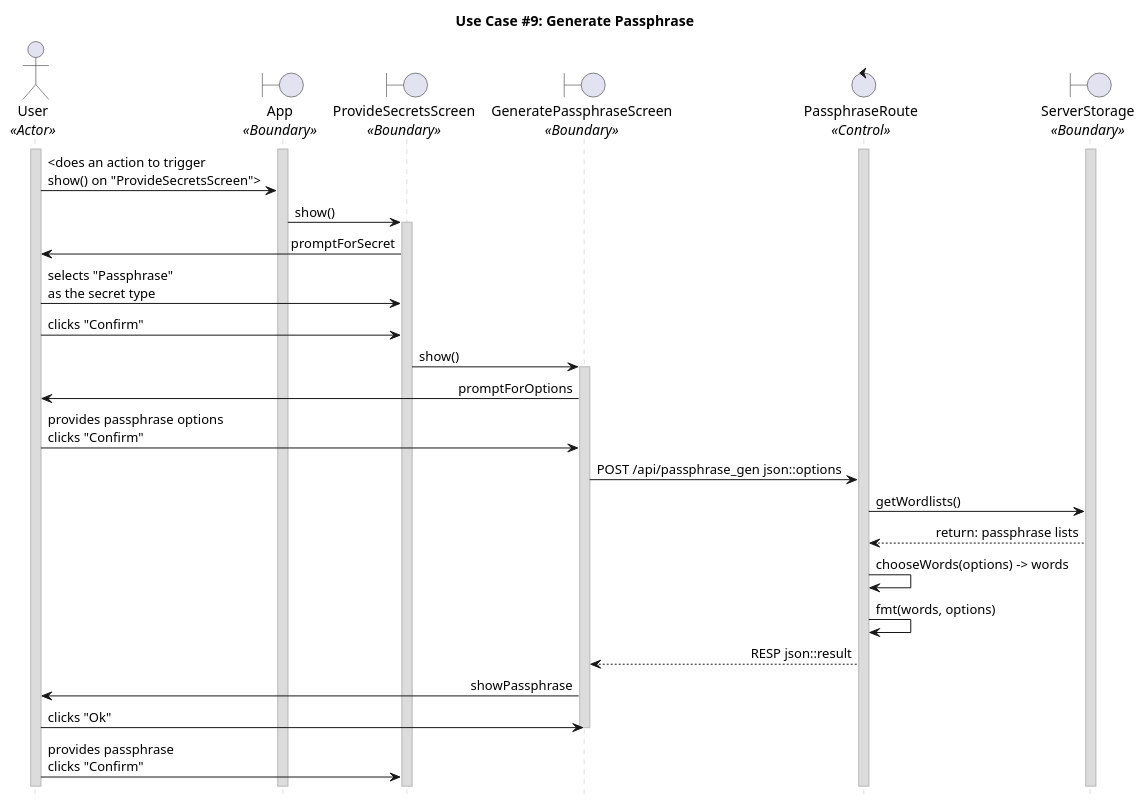
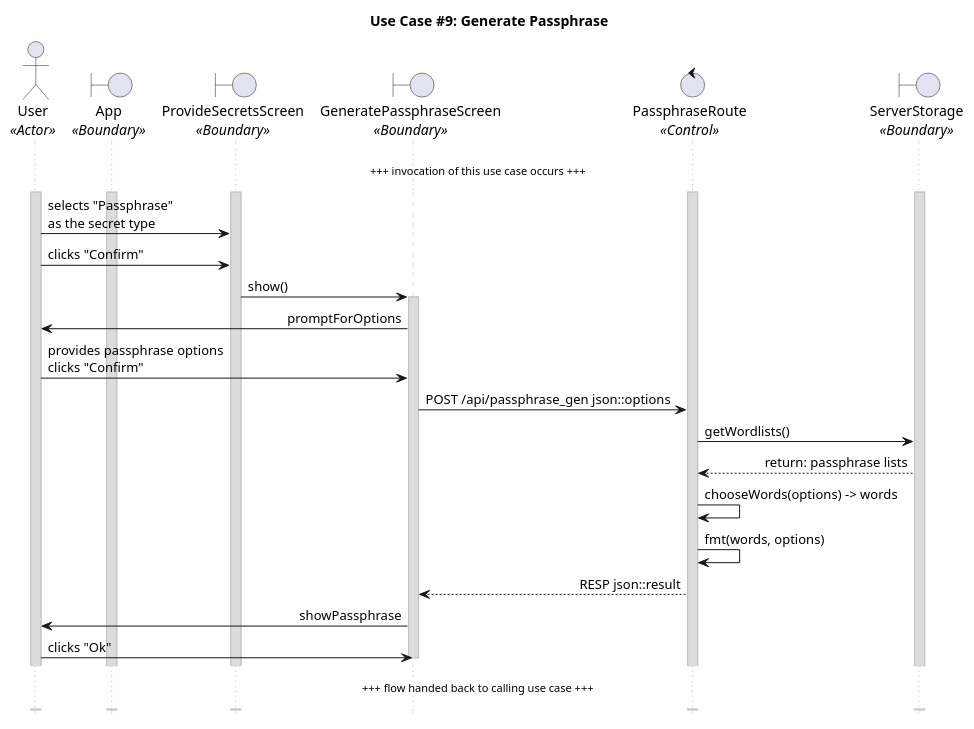
One commit to CECS-491-SP24-Group-1/seq-diagrams changed the diagram in uc_09.puml. Above: the diagram before and after it, drawn with PlantUML.

```diff
--- a/uc_09.puml
+++ b/uc_09.puml
@@ -1,64 +1,72 @@
 @startuml uc09
 title "Use Case #9: Generate Passphrase"
 
 'Styling goes here
 hide footbox
 skinparam stereotypePosition bottom
 skinparam sequenceMessageAlign direction
 skinparam sequence {
 	LifeLineBorderColor #Silver
 	LifeLineBackgroundColor #Gainsboro
 }
 
 'Setup the objects involved here
 actor User as u <<Actor>>
 boundary App as a <<Boundary>>
 boundary ProvideSecretsScreen as pss <<Boundary>>
 boundary GeneratePassphraseScreen as gps <<Boundary>>
 control PassphraseRoute as pr <<Control>>
 boundary ServerStorage as ss <<Boundary>>
 
 'Setup persistent objects here
 activate u
 activate a
 activate pr
 activate ss
+activate pss
 
 '--- FLOW OF CONTROL STARTS HERE ---
 'User requests a passphrase from the server along with options such as number of words in the phrase.
-u -> a: <does an action to trigger \nshow() on "ProvideSecretsScreen">
-a -> pss: show()
-activate pss
-pss -> u: promptForSecret
+'u -> a: <does an action to trigger \nshow() on "ProvideSecretsScreen">
+'a -> pss: show()
+'activate pss
+'pss -> u: promptForSecret
+
+... +++ invocation of this use case occurs +++ ...
+
+
 u -> pss: selects "Passphrase" \nas the secret type
 u -> pss: clicks "Confirm"
 pss -> gps: show()
 activate gps
 gps -> u: promptForOptions
 u -> gps: provides passphrase options \nclicks "Confirm"
 
 'TODO: Might want to shit passphrase generation from serverside to clientside
 'Request is made to the server with the user's options
 gps -> pr: POST /api/passphrase_gen json::options
 
 'Server picks a format from a pre-defined list of formats.
 pr -> ss: getWordlists()
 ss --> pr: return: passphrase lists
 
 'Server chooses random phrases from the wordlist.
 pr -> pr: chooseWords(options) -> words
 
 'Server formats the passphrase according to the chosen format and user request.
 pr -> pr: fmt(words, options)
 
 'Server sends the passphrase back to the user.
 pr --> gps: RESP json::result
 gps -> u: showPassphrase
 u -> gps: clicks "Ok"
 deactivate gps
 
 'Cleanup
-u -> pss: provides passphrase \nclicks "Confirm"
+... +++ flow handed back to calling use case +++ ...
+
+'Cleanup
+'u -> pss: provides passphrase \nclicks "Confirm"
 '--- FLOW OF CONTROL ENDS HERE   ---
 
 @enduml
```
